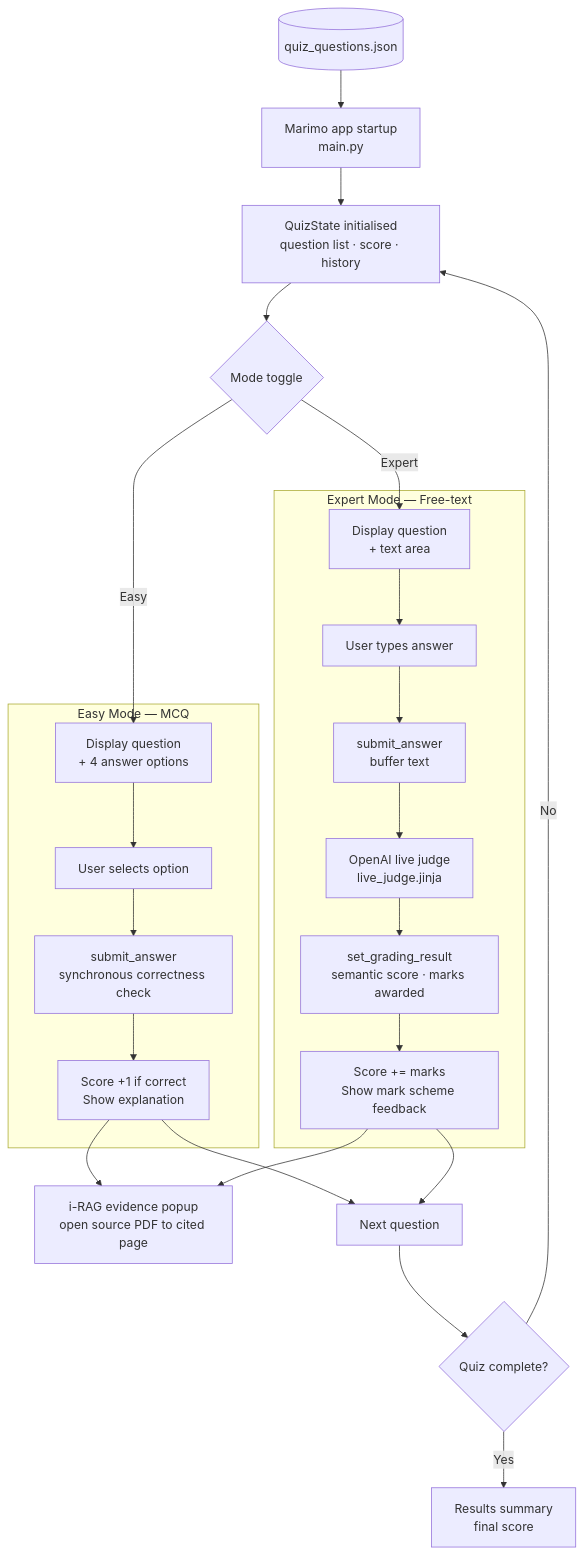
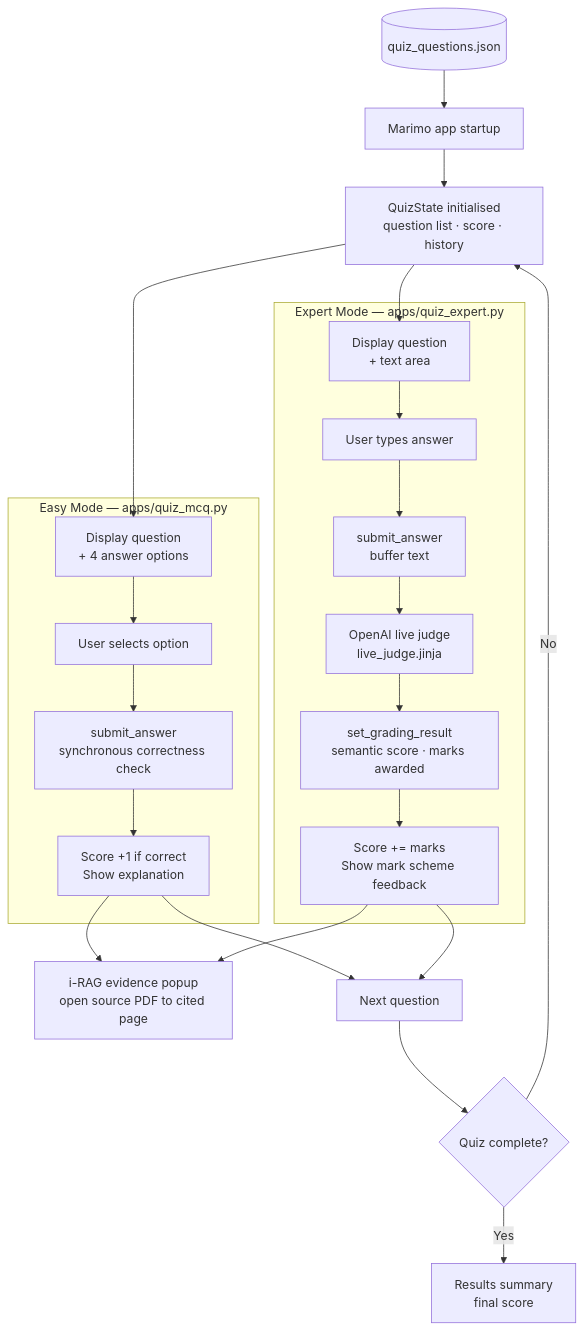
Before and after one commit to Cadarn/PyData-AI-Generated-Quiz: the third of 3 diagrams in README.md, drawn with Mermaid. The commit also changed other lines of this file, not shown here.

````diff
--- a/README.md
+++ b/README.md
@@ -142,36 +145,35 @@
 ```mermaid
 flowchart TD
-    A[(quiz_questions.json)] --> B[Marimo app startup\nmain.py]
+    A[(quiz_questions.json)] --> B[Marimo app startup]
     B --> C[QuizState initialised\nquestion list · score · history]
-    C --> D{Mode toggle}
 
-    subgraph easy [Easy Mode — MCQ]
+    subgraph easy [Easy Mode — apps/quiz_mcq.py]
         E[Display question\n+ 4 answer options]
         F[User selects option]
         G[submit_answer\nsynchronous correctness check]
         H[Score +1 if correct\nShow explanation]
     end
 
-    subgraph expert [Expert Mode — Free-text]
+    subgraph expert [Expert Mode — apps/quiz_expert.py]
         I[Display question\n+ text area]
         J[User types answer]
         K[submit_answer\nbuffer text]
         L[OpenAI live judge\nlive_judge.jinja]
         M[set_grading_result\nsemantic score · marks awarded]
         N[Score += marks\nShow mark scheme feedback]
     end
 
-    D --> |Easy| E
+    C --> E
     E --> F --> G --> H
-    D --> |Expert| I
+    C --> I
     I --> J --> K --> L --> M --> N
 
     H --> irag[i-RAG evidence popup\nopen source PDF to cited page]
     N --> irag
 
     H --> nxt[Next question]
     N --> nxt
     nxt --> fin{Quiz complete?}
+    fin --> |Yes| R[Results summary\nfinal score]
     fin --> |No| C
-    fin --> |Yes| R[Results summary\nfinal score]
 ```
````
